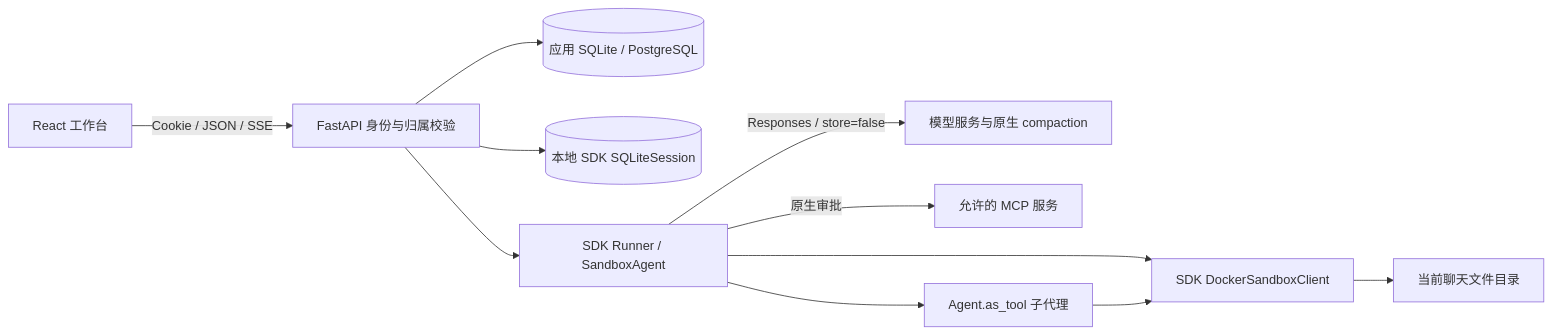
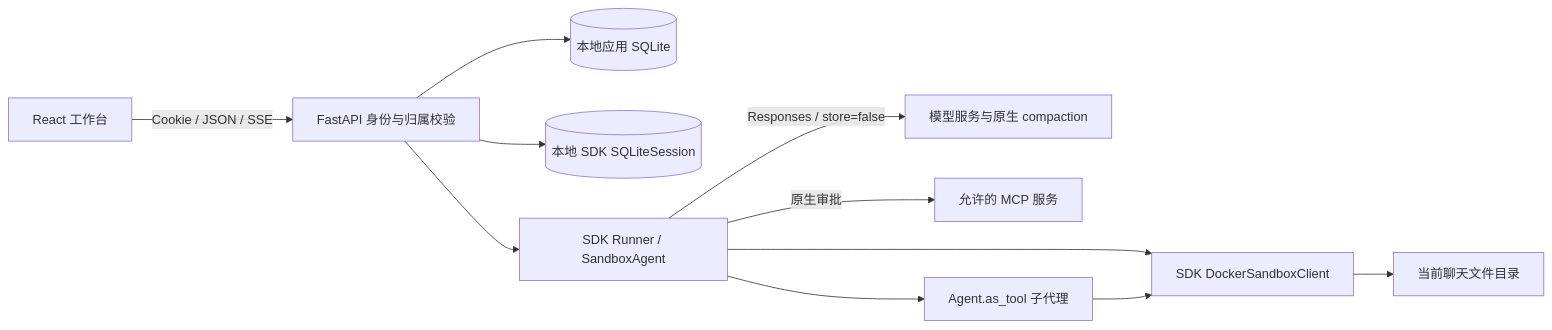
One commit to zlstart/codex_cloud changed the diagram in docs/ARCHITECTURE.md. Above: the diagram before and after it, drawn with Mermaid. The commit also changed other lines of this file and 445 other files, not shown here.

````diff
--- a/docs/ARCHITECTURE.md
+++ b/docs/ARCHITECTURE.md
@@ -5,13 +5,13 @@
 ```mermaid
 flowchart LR
   Browser[React 工作台] -->|Cookie / JSON / SSE| API[FastAPI 身份与归属校验]
-  API --> DB[(应用 SQLite / PostgreSQL)]
+  API --> DB[(本地应用 SQLite)]
   API --> History[(本地 SDK SQLiteSession)]
   API --> Runner[SDK Runner / SandboxAgent]
   Runner -->|Responses / store=false| Provider[模型服务与原生 compaction]
   Runner -->|原生审批| MCP[允许的 MCP 服务]
   Runner --> Children[Agent.as_tool 子代理]
   Runner --> Sandbox[SDK DockerSandboxClient]
   Children --> Sandbox
   Sandbox --> Workspace[当前聊天文件目录]
 ```
````
